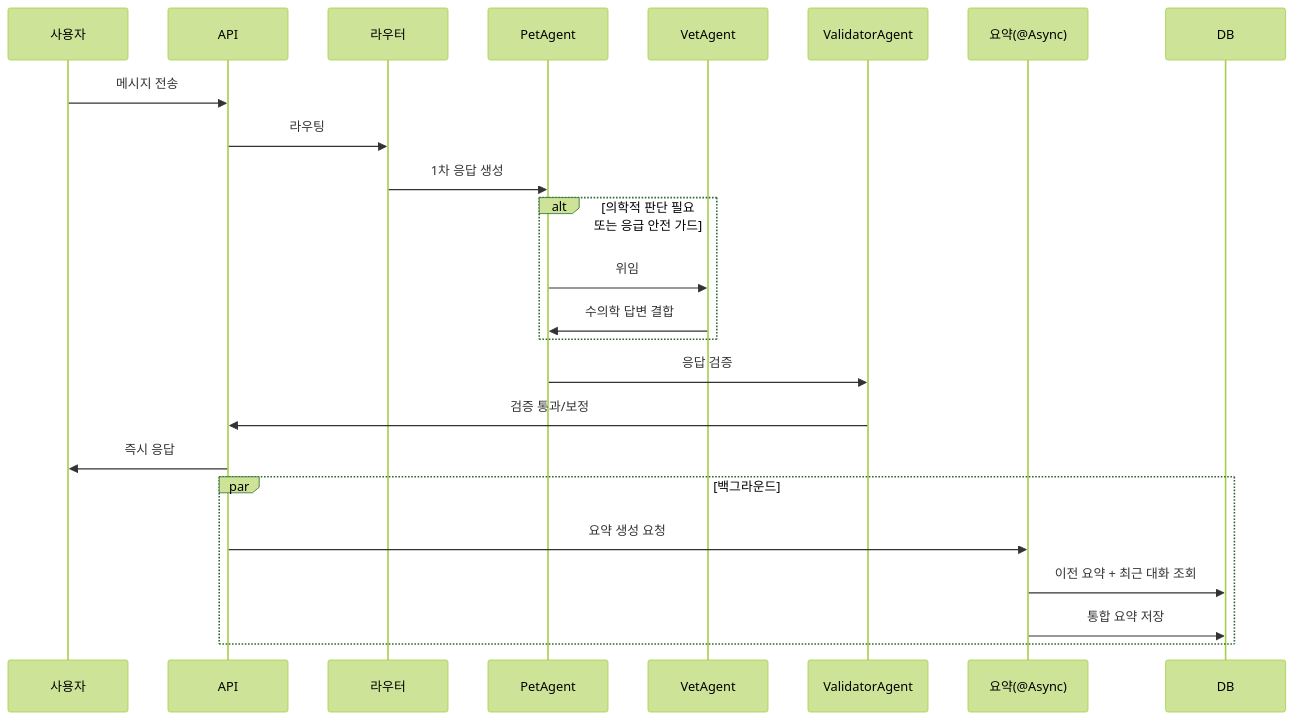
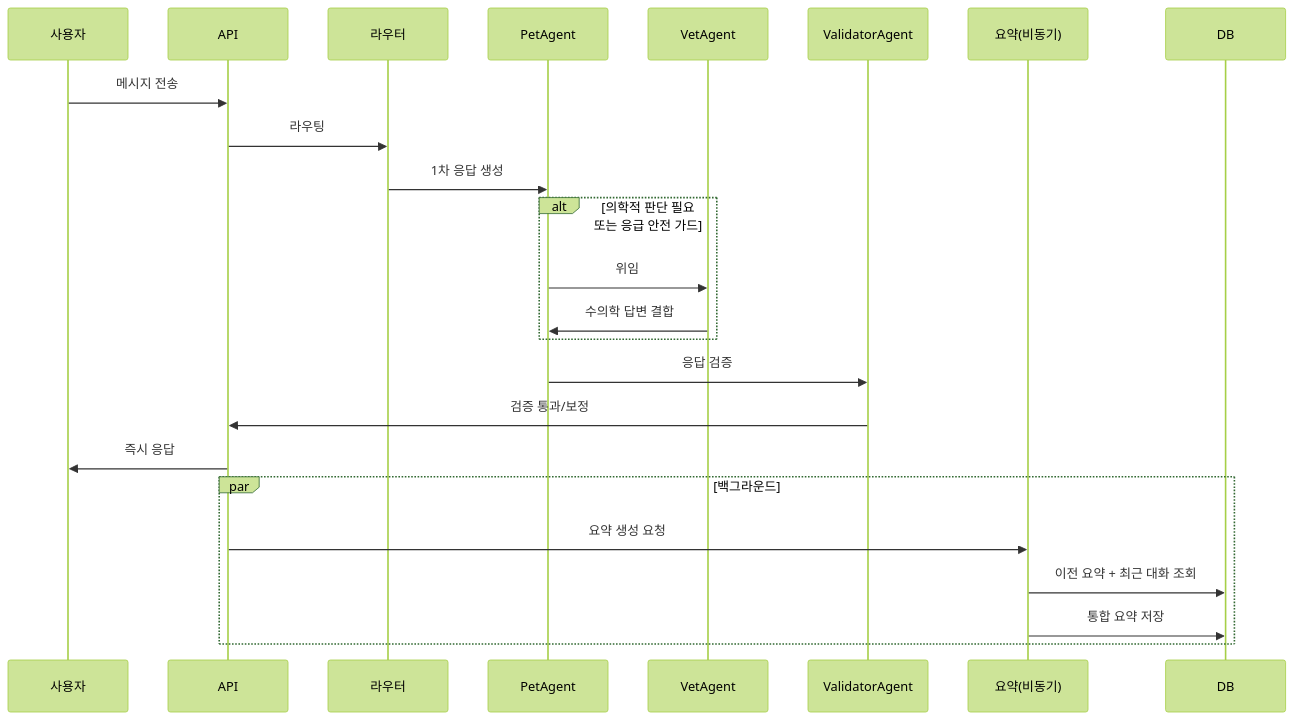
The second of 2 diagrams in blog/barabomlog/2026-02-24-advanced-prompting/index.md (KimJeonghun91/Kimjeonghun91.github.io), drawn with Mermaid (forest theme) before and after one commit. The commit also changed other lines of this file, not shown here.

````diff
--- a/blog/barabomlog/2026-02-24-advanced-prompting/index.md
+++ b/blog/barabomlog/2026-02-24-advanced-prompting/index.md
@@ -103,30 +102,30 @@
 ```mermaid
 sequenceDiagram
     participant User as 사용자
     participant API as API
     participant Router as 라우터
     participant Pet as PetAgent
     participant Vet as VetAgent
     participant Validator as ValidatorAgent
-    participant Summary as 요약(@Async)
+    participant Summary as 요약(비동기)
     participant DB as DB
 
     User->>API: 메시지 전송
     API->>Router: 라우팅
     Router->>Pet: 1차 응답 생성
 
     alt 의학적 판단 필요 또는 응급 안전 가드
         Pet->>Vet: 위임
         Vet->>Pet: 수의학 답변 결합
     end
 
     Pet->>Validator: 응답 검증
     Validator->>API: 검증 통과/보정
     API->>User: 즉시 응답
 
     par 백그라운드
         API->>Summary: 요약 생성 요청
         Summary->>DB: 이전 요약 + 최근 대화 조회
         Summary->>DB: 통합 요약 저장
     end
 ```
````
